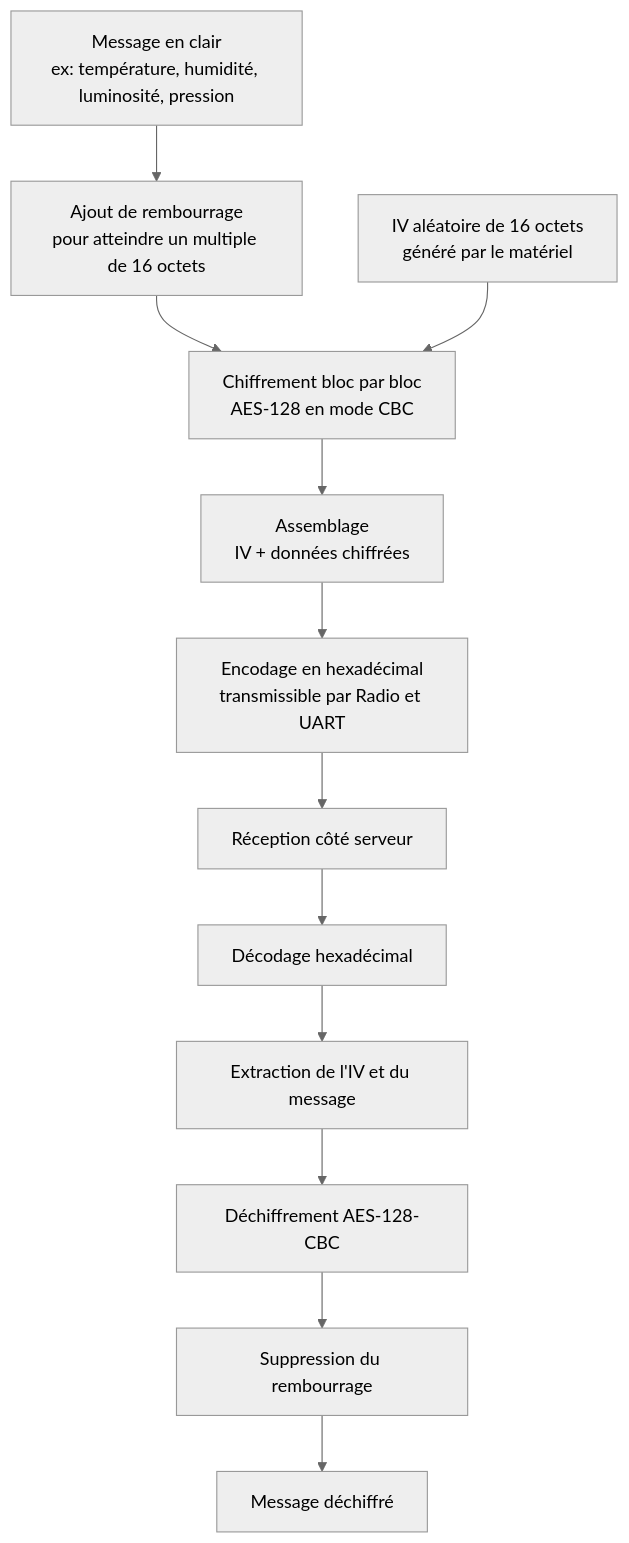
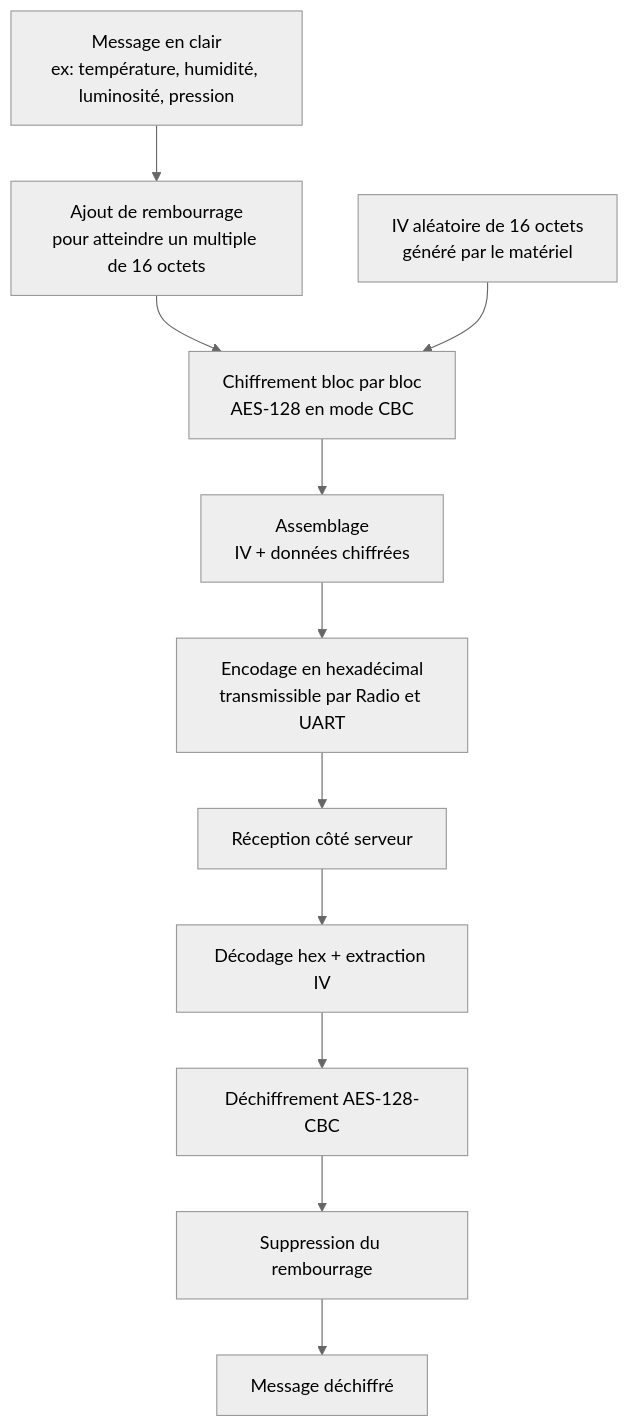
Before and after one commit to QuentinBastos/iot-project: the fourth of 10 diagrams in rendu.md, drawn with Mermaid (neutral theme). The commit also changed other lines of this file, not shown here.

````diff
--- a/rendu.md
+++ b/rendu.md
@@ -120,22 +99,21 @@
 ```mermaid
 flowchart TD
     A["Message en clair\nex: température, humidité, luminosité, pression"]
     B["Ajout de rembourrage\npour atteindre un multiple de 16 octets"]
     C["IV aléatoire de 16 octets\ngénéré par le matériel"]
     D["Chiffrement bloc par bloc\nAES-128 en mode CBC"]
     E["Assemblage\nIV + données chiffrées"]
     F["Encodage en hexadécimal\ntransmissible par Radio et UART"]
 
     A --> B --> D
     C --> D
     D --> E --> F
 
     G["Réception côté serveur"]
-    H["Décodage hexadécimal"]
-    I["Extraction de l'IV et du message"]
+    H["Décodage hex + extraction IV"]
     J["Déchiffrement AES-128-CBC"]
     K["Suppression du rembourrage"]
     L["Message déchiffré"]
 
-    F --> G --> H --> I --> J --> K --> L
+    F --> G --> H --> J --> K --> L
 ```
````
